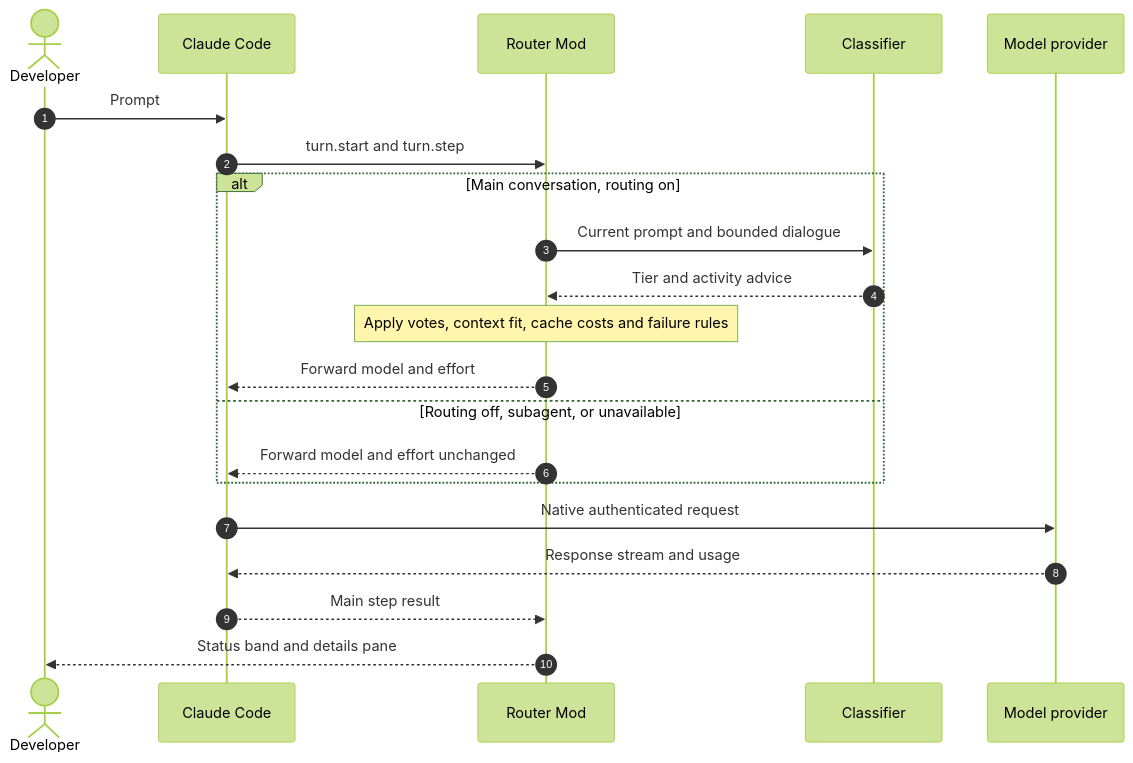
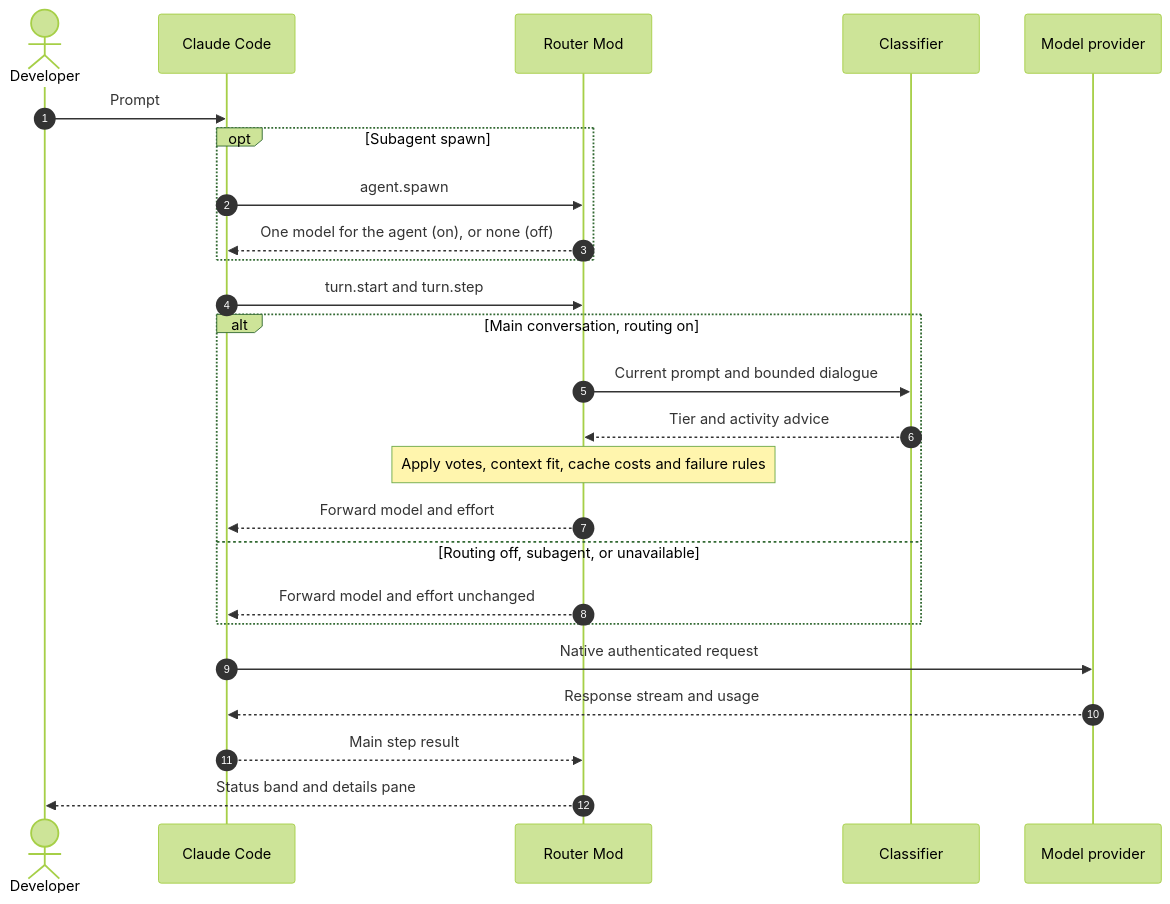
Before and after one commit to alexei-led/claude-router: the diagram in docs/architecture.md, drawn with Mermaid (forest theme). The commit also changed 15 other files, not shown here.

````diff
--- a/docs/architecture.md
+++ b/docs/architecture.md
@@ -7,23 +7,27 @@
 ```mermaid
 sequenceDiagram
     autonumber
     actor Dev as Developer
     participant Code as Claude Code
     participant Mod as Router Mod
     participant Cls as Classifier
     participant API as Model provider
     Dev->>Code: Prompt
+    opt Subagent spawn
+        Code->>Mod: agent.spawn
+        Mod-->>Code: One model for the agent (on), or none (off)
+    end
     Code->>Mod: turn.start and turn.step
     alt Main conversation, routing on
         Mod->>Cls: Current prompt and bounded dialogue
         Cls-->>Mod: Tier and activity advice
         Note over Mod: Apply votes, context fit, cache costs and failure rules
         Mod-->>Code: Forward model and effort
     else Routing off, subagent, or unavailable
         Mod-->>Code: Forward model and effort unchanged
     end
     Code->>API: Native authenticated request
     API-->>Code: Response stream and usage
     Code-->>Mod: Main step result
     Mod-->>Dev: Status band and details pane
 ```
````
